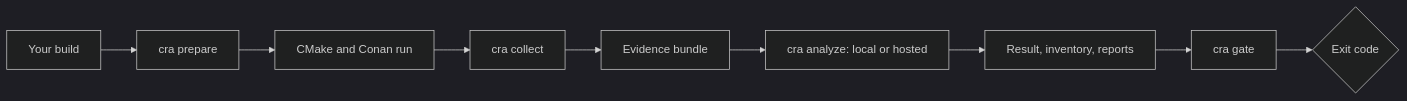
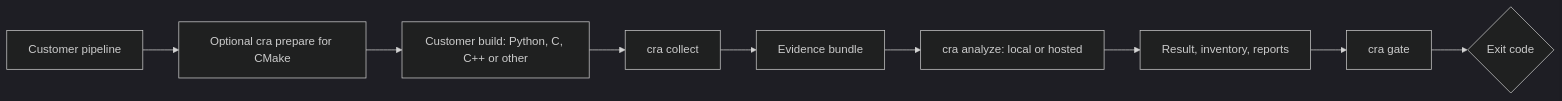
One commit to abrahamjoji/CRARegulation changed the diagram in README.md. Above: the diagram before and after it, drawn with Mermaid (dark theme). The commit also changed other lines of this file and 29 other files, not shown here.

````diff
--- a/README.md
+++ b/README.md
@@ -11,11 +11,11 @@
 ```mermaid
 flowchart LR
-  B[Your build] --> P[cra prepare]
-  P --> C[CMake and Conan run]
+  B[Customer pipeline] --> P[Optional cra prepare for CMake]
+  P --> C[Customer build: Python, C, C++ or other]
   C --> K[cra collect]
   K --> E[Evidence bundle]
   E --> A[cra analyze: local or hosted]
   A --> R[Result, inventory, reports]
   R --> G[cra gate]
   G --> O{Exit code}
 ```
````
